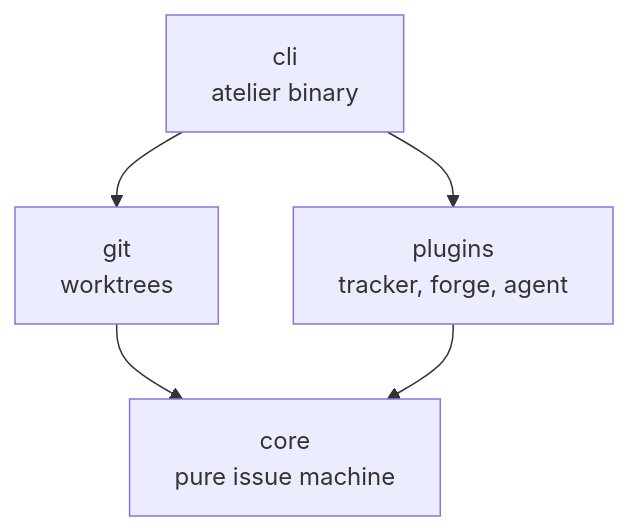
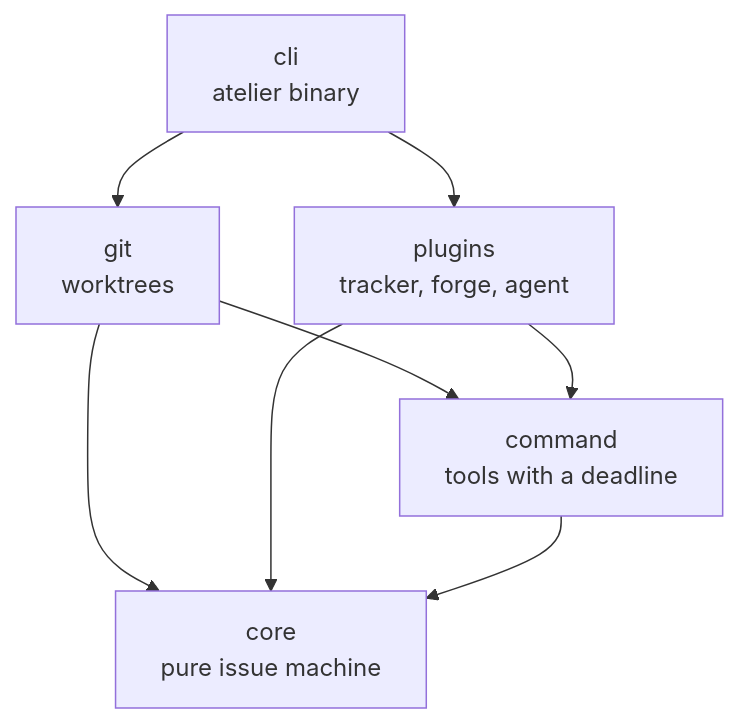
The diagram in crates/README.md (StevenJPx2/atelier), drawn with Mermaid before and after one commit. The commit also changed other lines of this file and 36 other files, not shown here.

````diff
--- a/crates/README.md
+++ b/crates/README.md
@@ -6,7 +6,10 @@
 ```mermaid
 flowchart TD
     CLI["cli<br/>atelier binary"] --> Git["git<br/>worktrees"]
     CLI --> Plugins["plugins<br/>tracker, forge, agent"]
+    Git --> Command["command<br/>tools with a deadline"]
+    Plugins --> Command
     Git --> Core["core<br/>pure issue machine"]
     Plugins --> Core
+    Command --> Core
 ```
````
